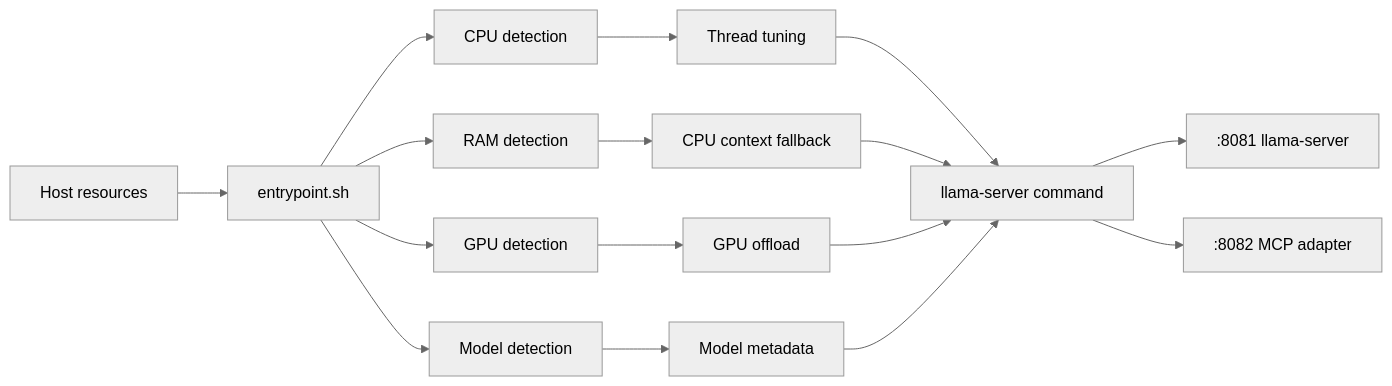
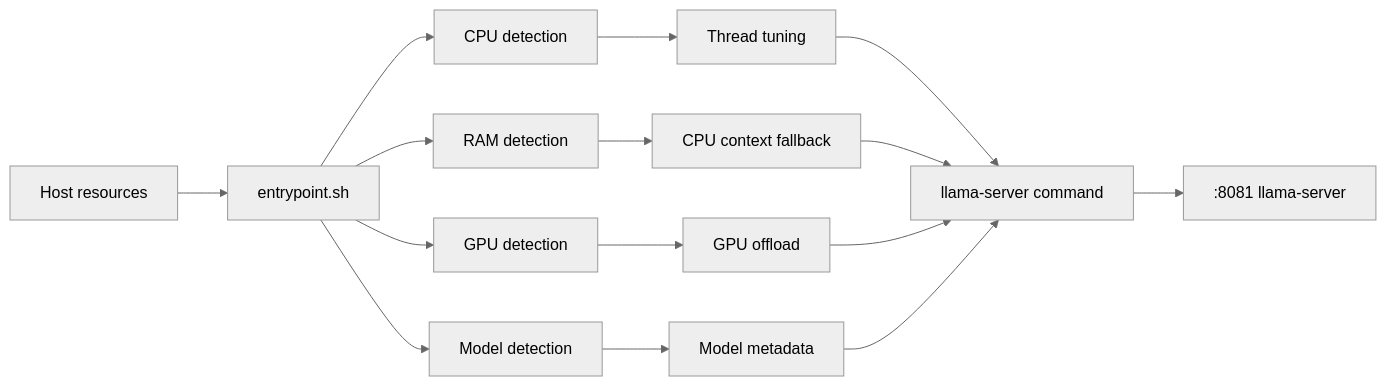
The second of 4 diagrams in README.md (zackshal/llama-k8s), drawn with Mermaid (neutral theme) before and after one commit. The commit also changed other lines of this file, not shown here.

````diff
--- a/README.md
+++ b/README.md
@@ -188,22 +164,17 @@
 ```mermaid
 flowchart LR
     A[Host resources] --> B[entrypoint.sh]
-
     B --> C[CPU detection]
     B --> D[RAM detection]
     B --> E[GPU detection]
     B --> F[Model detection]
-
     C --> G[Thread tuning]
     D --> H[CPU context fallback]
     E --> I[GPU offload]
     F --> J[Model metadata]
-
     G --> K[llama-server command]
     H --> K
     I --> K
     J --> K
-
     K --> L[:8081 llama-server]
-    K --> M[:8082 MCP adapter]
 ```
````
